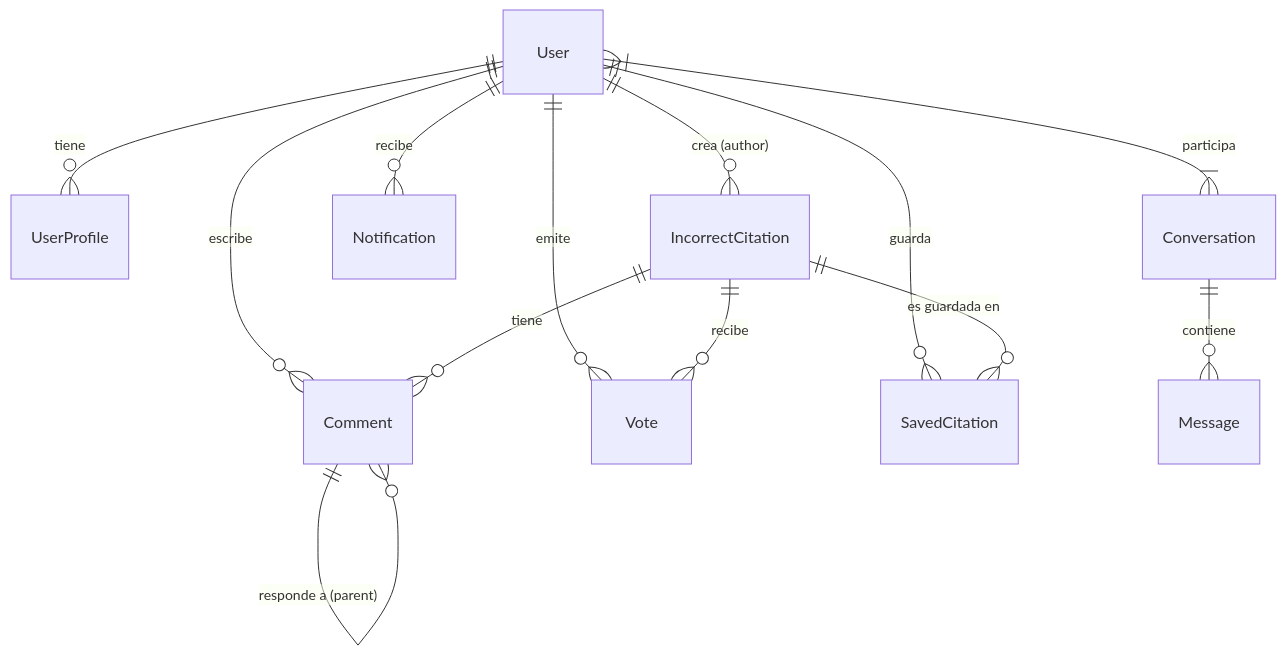
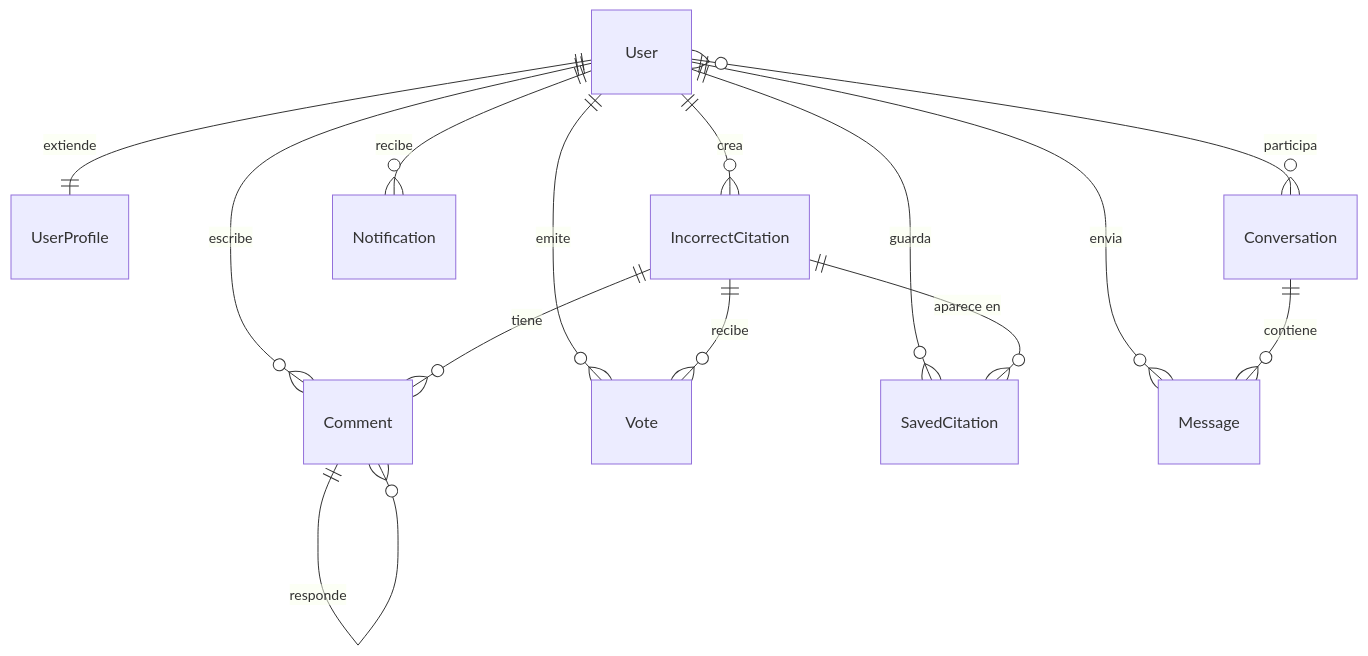
Before and after one commit to jorgebarrado/TFG: the diagram in docs/modelos_y_relaciones.md, drawn with Mermaid. The commit also changed other lines of this file and 19 other files, not shown here.

````diff
--- a/docs/modelos_y_relaciones.md
+++ b/docs/modelos_y_relaciones.md
@@ -7,18 +7,18 @@
 ```mermaid
 erDiagram
-    User ||--o{ UserProfile : "tiene"
-    User ||--o{ IncorrectCitation : "crea (author)"
+    User ||--|| UserProfile : "extiende"
+    User ||--o{ IncorrectCitation : "crea"
     User ||--o{ Comment : "escribe"
     User ||--o{ Vote : "emite"
     User ||--o{ SavedCitation : "guarda"
     User ||--o{ Notification : "recibe"
+    User ||--o{ Message : "envia"
+    User }o--o{ Conversation : "participa"
 
     IncorrectCitation ||--o{ Comment : "tiene"
     IncorrectCitation ||--o{ Vote : "recibe"
-    IncorrectCitation ||--o{ SavedCitation : "es guardada en"
-
-    Comment ||--o{ Comment : "responde a (parent)"
+    IncorrectCitation ||--o{ SavedCitation : "aparece en"
+    Comment ||--o{ Comment : "responde"
 
     Conversation ||--o{ Message : "contiene"
-    User }|--|{ Conversation : "participa"
 ```
````
